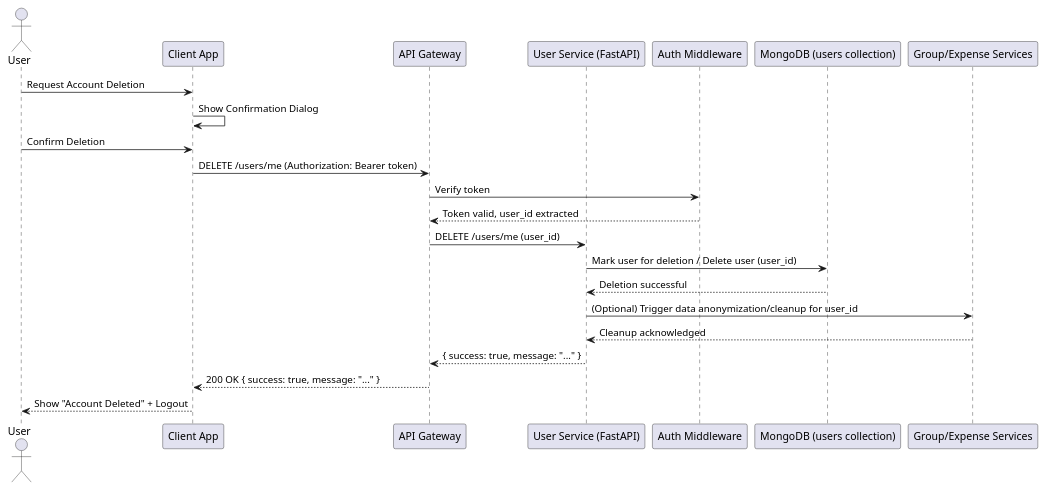
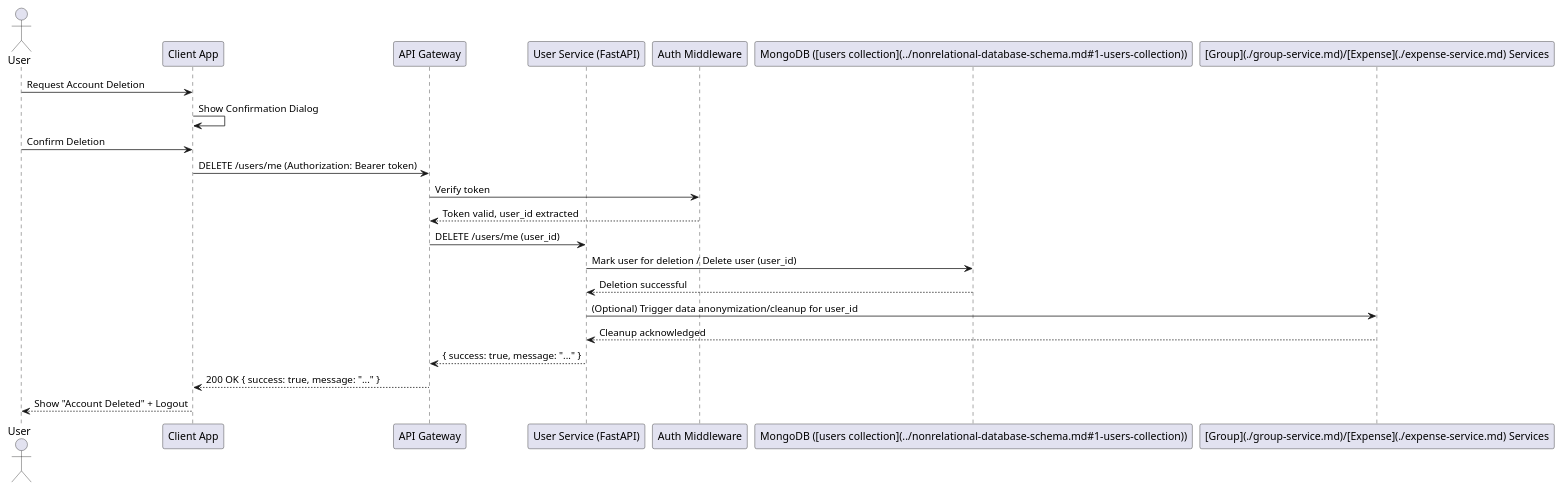
The third of 3 diagrams in docs/user-service.md (meghan9908/splitwiser), drawn with PlantUML before and after one commit. The commit also changed other lines of this file and 5 other files, not shown here.

Commit message:
Enhance API documentation across multiple services, including detailed endpoint summaries and related service references for Auth, User, Group, Expense, and Non-Relational Database Schema.

````diff
--- a/docs/user-service.md
+++ b/docs/user-service.md
@@ -145,26 +153,26 @@
 ```plantuml
 @startuml DeleteUserAccount
 actor User
 participant App as "Client App"
 participant API_Gateway as "API Gateway"
 participant UserService as "User Service (FastAPI)"
 participant AuthMiddleware as "Auth Middleware"
-participant DB as "MongoDB (users collection)"
-participant OtherServices as "Group/Expense Services"
+participant DB as "MongoDB ([users collection](../nonrelational-database-schema.md#1-users-collection))"
+participant OtherServices as "[Group](./group-service.md)/[Expense](./expense-service.md) Services"
 
 User -> App: Request Account Deletion
 App -> App: Show Confirmation Dialog
 User -> App: Confirm Deletion
 App -> API_Gateway: DELETE /users/me (Authorization: Bearer token)
 API_Gateway -> AuthMiddleware: Verify token
 AuthMiddleware --> API_Gateway: Token valid, user_id extracted
 API_Gateway -> UserService: DELETE /users/me (user_id)
 UserService -> DB: Mark user for deletion / Delete user (user_id)
 DB --> UserService: Deletion successful
 UserService -> OtherServices: (Optional) Trigger data anonymization/cleanup for user_id
 OtherServices --> UserService: Cleanup acknowledged
 UserService --> API_Gateway: { success: true, message: "..." }
 API_Gateway --> App: 200 OK { success: true, message: "..." }
 App --> User: Show "Account Deleted" + Logout
 @enduml
 ```
````
